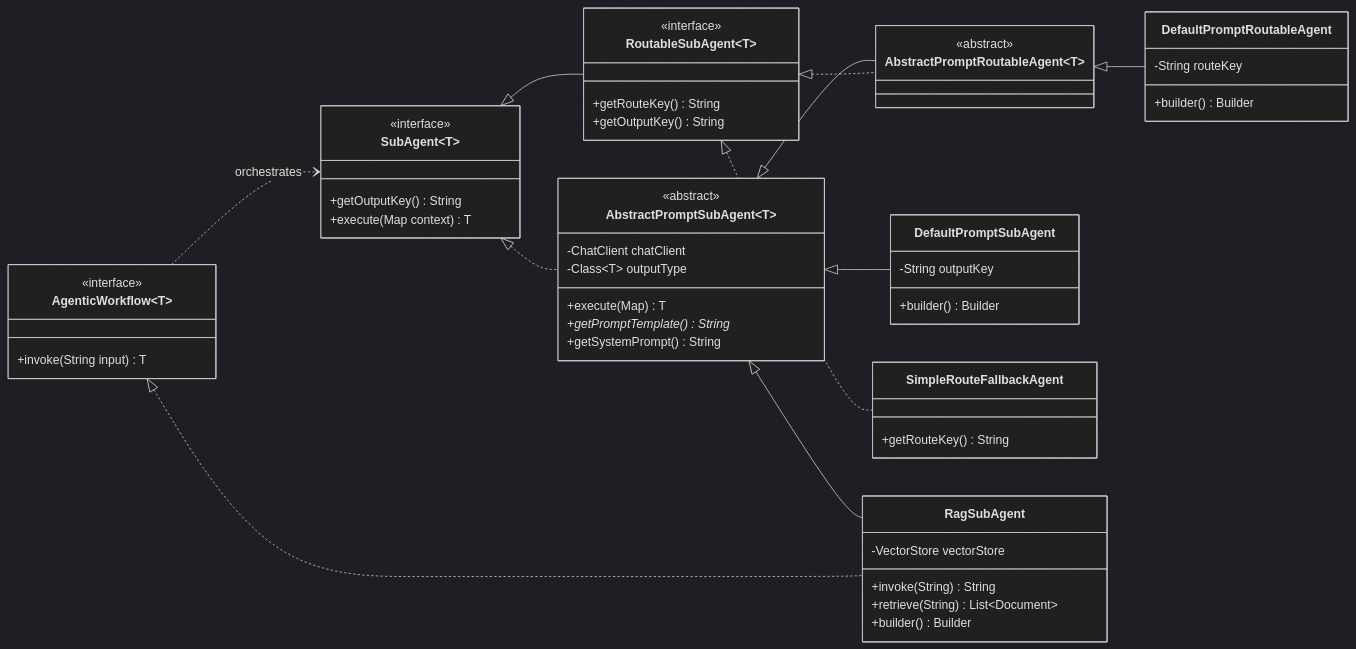
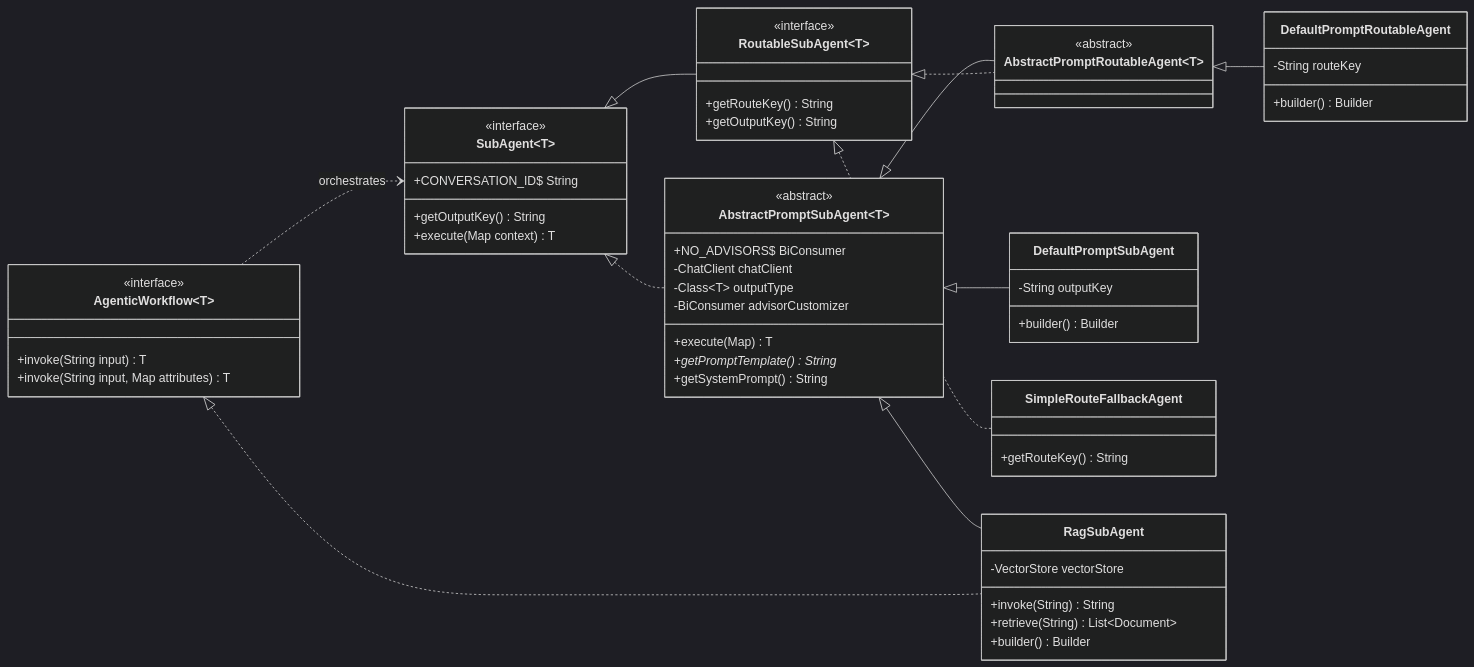
One commit to ronaldwkcheng/agent-api changed the first of 3 diagrams in api/README.md. Above: the diagram before and after it, drawn with Mermaid (dark theme). The commit also changed other lines of this file and 7 other files, not shown here.

````diff
--- a/api/README.md
+++ b/api/README.md
@@ -32,66 +32,70 @@
 ```mermaid
 classDiagram
     direction LR
 
     class AgenticWorkflow~T~ {
         <<interface>>
         +invoke(String input) T
+        +invoke(String input, Map attributes) T
     }
 
     class SubAgent~T~ {
         <<interface>>
+        +CONVERSATION_ID$ String
         +getOutputKey() String
         +execute(Map context) T
     }
 
     class RoutableSubAgent~T~ {
         <<interface>>
         +getRouteKey() String
         +getOutputKey() String
     }
 
     class AbstractPromptSubAgent~T~ {
         <<abstract>>
+        +NO_ADVISORS$ BiConsumer
         -ChatClient chatClient
         -Class~T~ outputType
+        -BiConsumer advisorCustomizer
         +execute(Map) T
         +getPromptTemplate()* String
         +getSystemPrompt() String
     }
 
     class AbstractPromptRoutableAgent~T~ {
         <<abstract>>
     }
 
     class DefaultPromptSubAgent {
         -String outputKey
         +builder() Builder
     }
 
     class DefaultPromptRoutableAgent {
         -String routeKey
         +builder() Builder
     }
 
     class SimpleRouteFallbackAgent {
         +getRouteKey() String
     }
 
     class RagSubAgent {
         -VectorStore vectorStore
         +invoke(String) String
         +retrieve(String) List~Document~
         +builder() Builder
     }
 
     SubAgent <|-- RoutableSubAgent
     SubAgent <|.. AbstractPromptSubAgent
     AbstractPromptSubAgent <|-- AbstractPromptRoutableAgent
     RoutableSubAgent <|.. AbstractPromptRoutableAgent
     AbstractPromptSubAgent <|-- DefaultPromptSubAgent
     AbstractPromptRoutableAgent <|-- DefaultPromptRoutableAgent
     RoutableSubAgent <|.. SimpleRouteFallbackAgent
     AbstractPromptSubAgent <|-- RagSubAgent
     AgenticWorkflow <|.. RagSubAgent
     AgenticWorkflow ..> SubAgent : orchestrates
 ```
````
